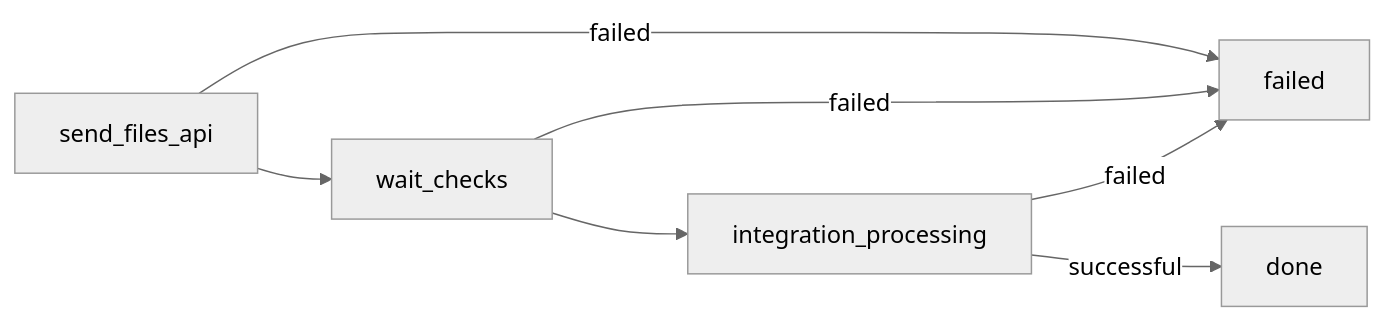
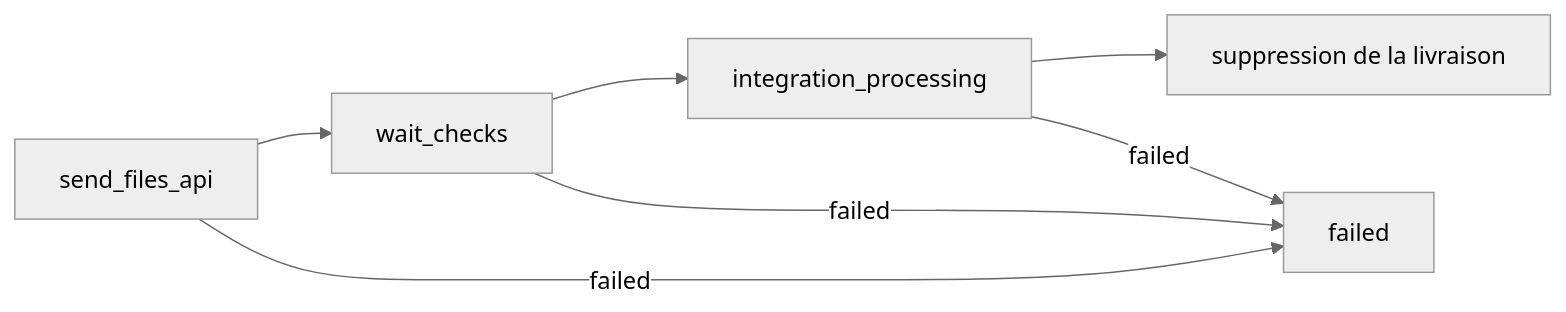
The diagram in docs/developer/workflows/upload-integration-vector/README.md (IGNF/cartes.gouv.fr), drawn with Mermaid (neutral theme) before and after one commit. The commit also changed other lines of this file and 1 other file, not shown here.

Commit message:
docs(upload): intégration d’une livraison vecteur #1100

````diff
--- a/docs/developer/workflows/upload-integration-vector/README.md
+++ b/docs/developer/workflows/upload-integration-vector/README.md
@@ -21,8 +33,7 @@
 ```mermaid
 flowchart LR
-    A[send_files_api] --> B[wait_checks] --> C[integration_processing]
+    A[send_files_api] --> B[wait_checks] --> C[integration_processing] --> D[suppression de la livraison]
     A -->|failed| F[failed]
     B -->|failed| F
     C -->|failed| F
-    C -->|successful| S[done]
 ```
````
